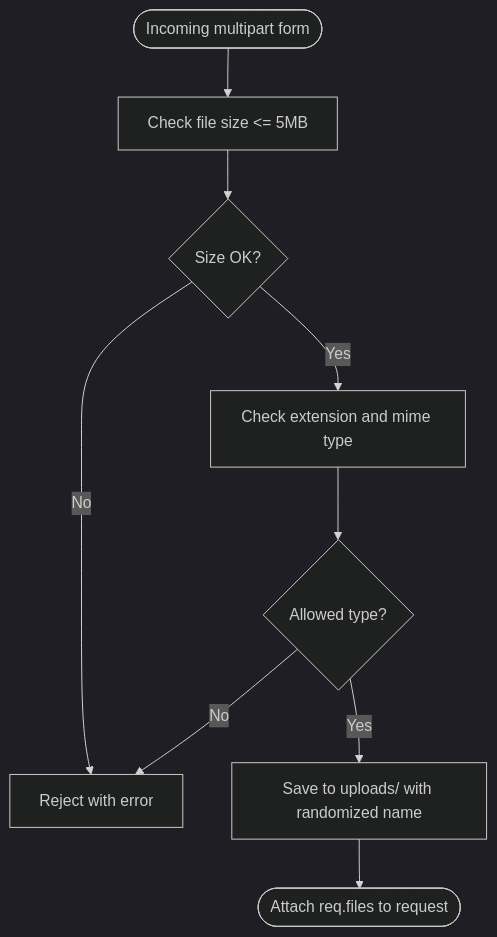
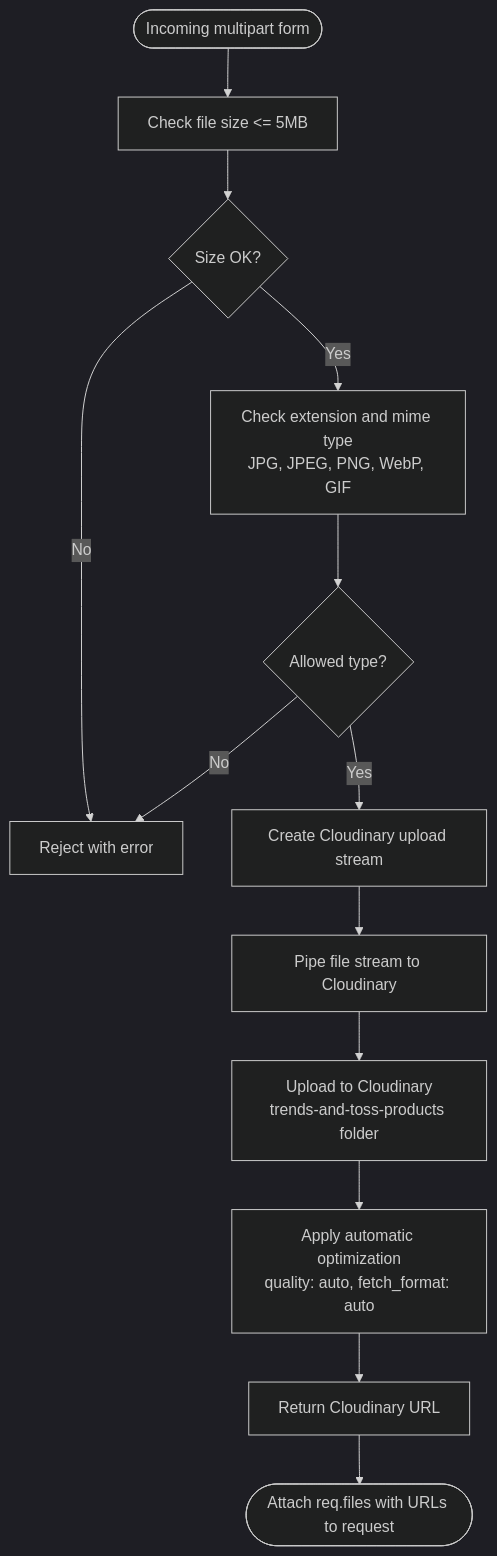
One commit to Pavan-PSPK9032/TrendsandToss changed the fifth of 11 diagrams in .qoder/repowiki/en/content/Image Management.md. Above: the diagram before and after it, drawn with Mermaid (dark theme). The commit also changed other lines of this file and 16 other files, not shown here.

````diff
--- a/.qoder/repowiki/en/content/Image Management.md
+++ b/.qoder/repowiki/en/content/Image Management.md
@@ -128,11 +269,15 @@
 ```mermaid
 flowchart TD
 Start(["Incoming multipart form"]) --> CheckSize["Check file size <= 5MB"]
 CheckSize --> SizeOK{"Size OK?"}
 SizeOK -- No --> Reject["Reject with error"]
-SizeOK -- Yes --> CheckType["Check extension and mime type"]
+SizeOK -- Yes --> CheckType["Check extension and mime type<br/>JPG, JPEG, PNG, WebP, GIF"]
 CheckType --> TypeOK{"Allowed type?"}
 TypeOK -- No --> Reject
-TypeOK -- Yes --> Save["Save to uploads/ with randomized name"]
-Save --> Done(["Attach req.files to request"])
+TypeOK -- Yes --> CreateStream["Create Cloudinary upload stream"]
+CreateStream --> PipeStream["Pipe file stream to Cloudinary"]
+PipeStream --> Upload["Upload to Cloudinary<br/>trends-and-toss-products folder"]
+Upload --> Optimize["Apply automatic optimization<br/>quality: auto, fetch_format: auto"]
+Optimize --> ReturnURL["Return Cloudinary URL"]
+ReturnURL --> Done(["Attach req.files with URLs to request"])
 ```
````
